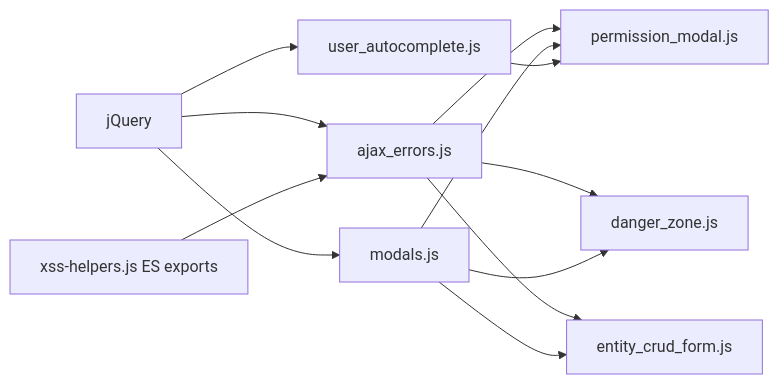
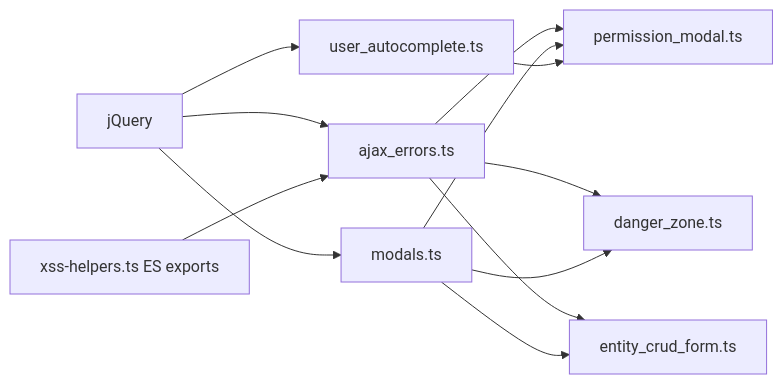
Before and after one commit to OpenSpeleo/SpeleoDB: the diagram in docs/frontend-forms.md, drawn with Mermaid. The commit also changed other lines of this file and 845 other files, not shown here.

````diff
--- a/docs/frontend-forms.md
+++ b/docs/frontend-forms.md
@@ -67,14 +67,14 @@
 ```mermaid
 flowchart LR
-    jquery[jQuery] --> ac[user_autocomplete.js]
-    jquery --> errors[ajax_errors.js]
-    jquery --> modals[modals.js]
-    xss[xss-helpers.js ES exports] --> errors
-    errors --> danger[danger_zone.js]
+    jquery[jQuery] --> ac[user_autocomplete.ts]
+    jquery --> errors[ajax_errors.ts]
+    jquery --> modals[modals.ts]
+    xss[xss-helpers.ts ES exports] --> errors
+    errors --> danger[danger_zone.ts]
     modals --> danger
-    errors --> crud[entity_crud_form.js]
+    errors --> crud[entity_crud_form.ts]
     modals --> crud
-    errors --> perm[permission_modal.js]
+    errors --> perm[permission_modal.ts]
     modals --> perm
     ac --> perm
 ```
````
